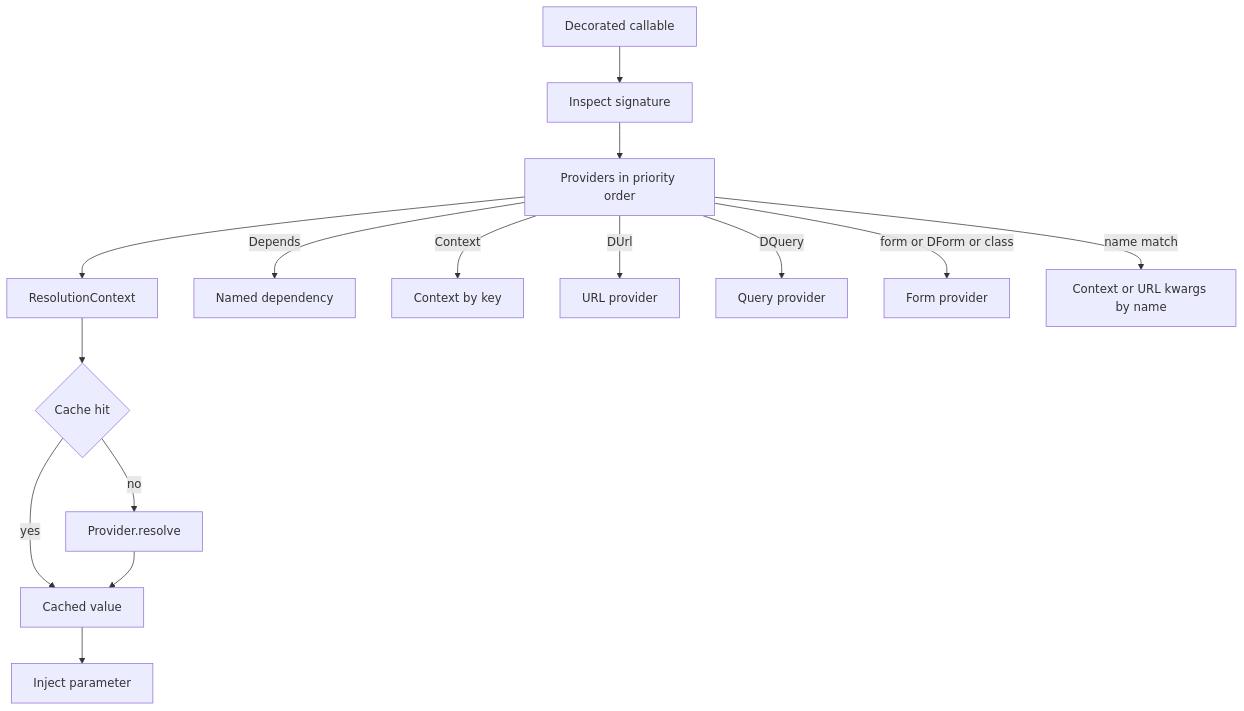
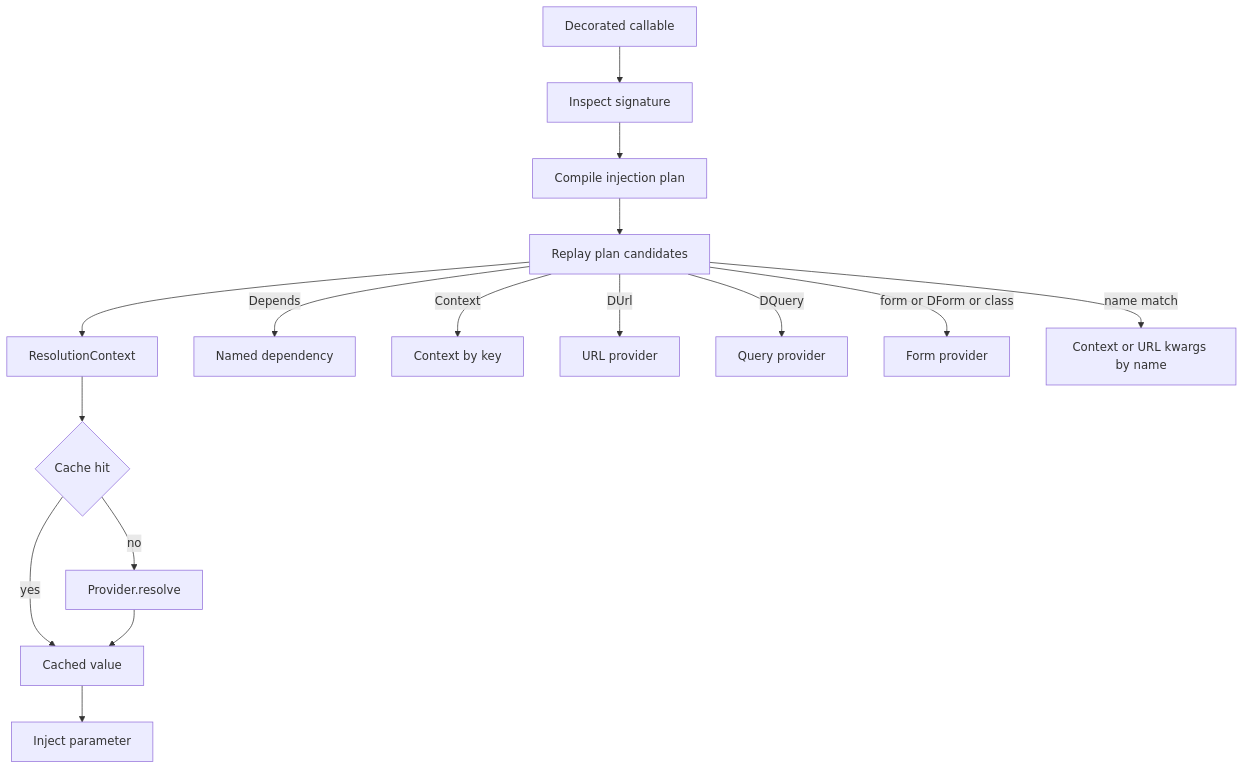
One commit to next-dj/next-dj changed the diagram in docs/content/internals/di-resolver.rst. Above: the diagram before and after it, drawn with Mermaid. The commit also changed other lines of this file and 207 other files, not shown here.

```diff
--- a/docs/content/internals/di-resolver.rst
+++ b/docs/content/internals/di-resolver.rst
@@ -23,17 +24,18 @@
 .. mermaid::
 
    flowchart TB
        Callable[Decorated callable] --> Sig[Inspect signature]
-       Sig --> Providers[Providers in priority order]
+       Sig --> Plan[Compile injection plan]
+       Plan --> Providers[Replay plan candidates]
        Providers --> Resolution[ResolutionContext]
        Resolution --> Cache{Cache hit}
        Cache -- yes --> Value[Cached value]
        Cache -- no --> Provider[Provider.resolve]
        Provider --> Value
        Value --> Inject[Inject parameter]
        Providers -- Depends --> NamedDep[Named dependency]
        Providers -- Context --> CtxByKey[Context by key]
        Providers -- DUrl --> UrlProv[URL provider]
        Providers -- DQuery --> QueryProv[Query provider]
        Providers -- form or DForm or class --> FormProv[Form provider]
        Providers -- name match --> NameProv[Context or URL kwargs by name]
```
